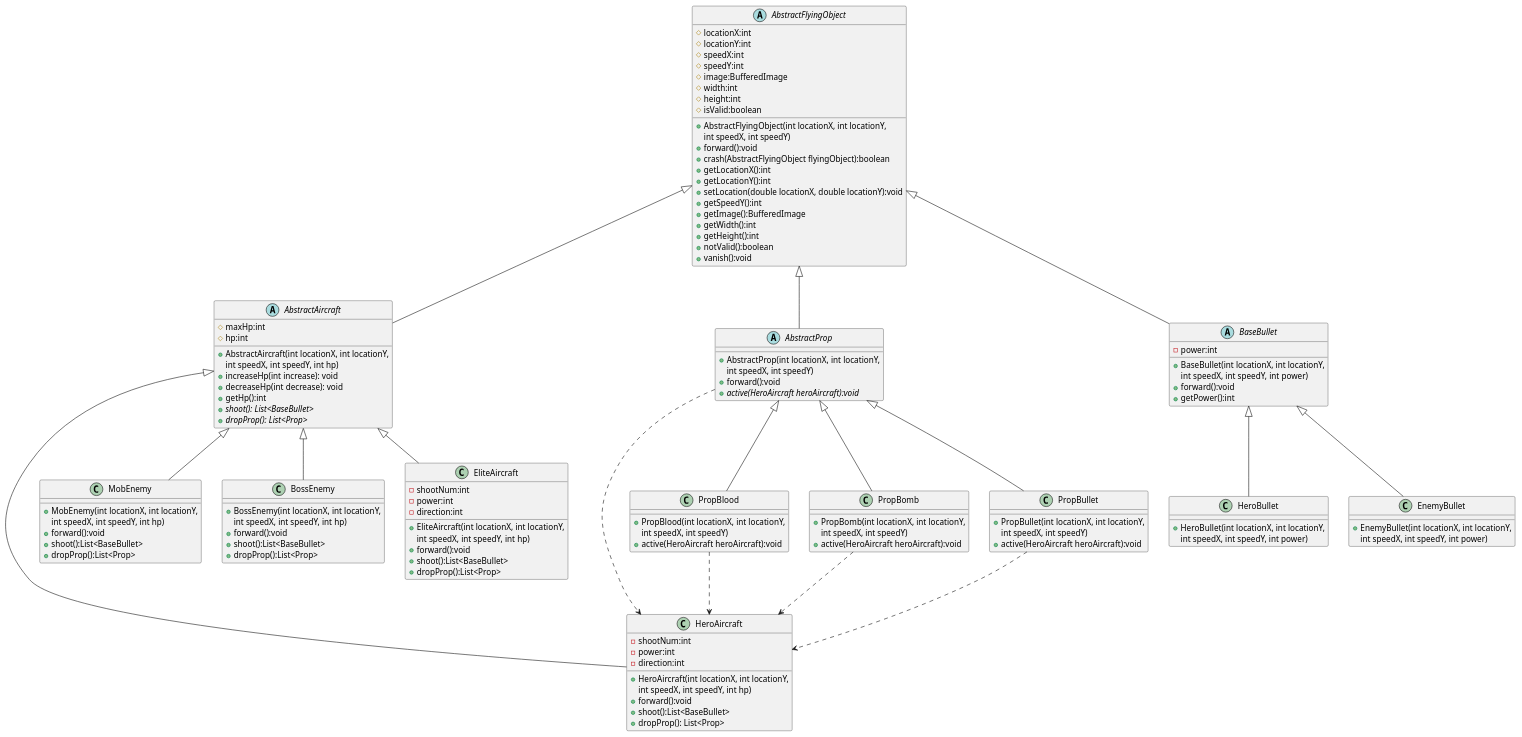
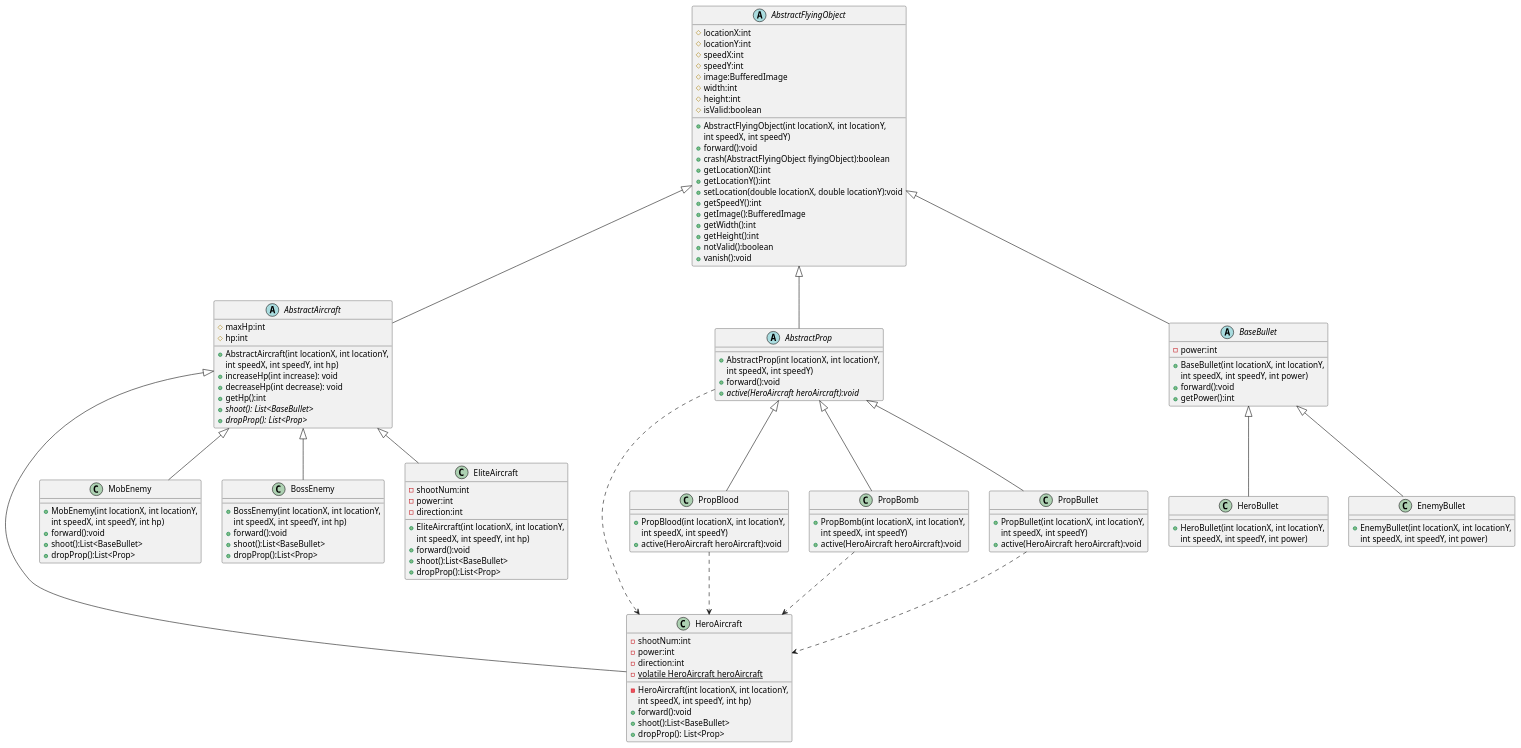
The diagram in uml/Inheritence.puml (HaHaRen6/AircraftWar-base), drawn with PlantUML before and after one commit. The commit also changed 9 other files, not shown here.

```diff
--- a/uml/Inheritence.puml
+++ b/uml/Inheritence.puml
@@ -1,155 +1,156 @@
 @startuml
 'https://plantuml.com/class-diagram
 
 abstract class AbstractFlyingObject
 {
     # locationX:int
     # locationY:int
     # speedX:int
     # speedY:int
     # image:BufferedImage
     # width:int
     # height:int
     # isValid:boolean
 
     + AbstractFlyingObject(int locationX, int locationY,
         int speedX, int speedY)
     + forward():void
     + crash(AbstractFlyingObject flyingObject):boolean
     + getLocationX():int
     + getLocationY():int
     + setLocation(double locationX, double locationY):void
     + getSpeedY():int
     + getImage():BufferedImage
     + getWidth():int
     + getHeight():int
     + notValid():boolean
     + vanish():void
 }
 
 abstract class AbstractAircraft
 {
 	# maxHp:int
     # hp:int
 
     + AbstractAircraft(int locationX, int locationY,
         int speedX, int speedY, int hp)
     + increaseHp(int increase): void
     + decreaseHp(int decrease): void
     + getHp():int
     + {abstract} shoot(): List<BaseBullet>
     + {abstract} dropProp(): List<Prop>
 }
 AbstractFlyingObject <|-- AbstractAircraft
 
 
 class HeroAircraft {
     - shootNum:int
     - power:int
     - direction:int
+    - {static} volatile HeroAircraft heroAircraft
 
-    + HeroAircraft(int locationX, int locationY,
+    - HeroAircraft(int locationX, int locationY,
         int speedX, int speedY, int hp)
     + forward():void
     + shoot():List<BaseBullet>
     + dropProp(): List<Prop>
 }
 
 AbstractAircraft <|-- HeroAircraft
 
 class MobEnemy {
 
     + MobEnemy(int locationX, int locationY,
         int speedX, int speedY, int hp)
     + forward():void
     + shoot():List<BaseBullet>
     + dropProp():List<Prop>
 }
 AbstractAircraft <|-- MobEnemy
 
 class BossEnemy {
 
     + BossEnemy(int locationX, int locationY,
         int speedX, int speedY, int hp)
     + forward():void
     + shoot():List<BaseBullet>
     + dropProp():List<Prop>
 }
 AbstractAircraft <|-- BossEnemy
 
 class EliteAircraft {
     - shootNum:int
     - power:int
     - direction:int
 
     + EliteAircraft(int locationX, int locationY,
         int speedX, int speedY, int hp)
     + forward():void
     + shoot():List<BaseBullet>
     + dropProp():List<Prop>
 }
 AbstractAircraft <|-- EliteAircraft
 
 abstract class AbstractProp
 {
     + AbstractProp(int locationX, int locationY,
         int speedX, int speedY)
     + forward():void
     + {abstract} active(HeroAircraft heroAircraft):void
 }
 AbstractFlyingObject <|-- AbstractProp
 AbstractProp ..> HeroAircraft
 
 class PropBlood
 {
     + PropBlood(int locationX, int locationY,
         int speedX, int speedY)
     + active(HeroAircraft heroAircraft):void
 }
 AbstractProp <|-- PropBlood
 PropBlood ..> HeroAircraft
 
 class PropBomb
 {
 
     + PropBomb(int locationX, int locationY,
         int speedX, int speedY)
     + active(HeroAircraft heroAircraft):void
 }
 AbstractProp <|-- PropBomb
 PropBomb ..> HeroAircraft
 
 class PropBullet
 {
 
     + PropBullet(int locationX, int locationY,
         int speedX, int speedY)
     + active(HeroAircraft heroAircraft):void
 }
 AbstractProp <|-- PropBullet
 PropBullet ..> HeroAircraft
 
 abstract class BaseBullet
 {
     - power:int
 
     + BaseBullet(int locationX, int locationY,
         int speedX, int speedY, int power)
     + forward():void
 	+ getPower():int
 }
 AbstractFlyingObject <|-- BaseBullet
 
 class HeroBullet {
     + HeroBullet(int locationX, int locationY,
         int speedX, int speedY, int power)
 }
 BaseBullet <|-- HeroBullet
 
 class EnemyBullet {
     + EnemyBullet(int locationX, int locationY,
         int speedX, int speedY, int power)
 }
 BaseBullet <|-- EnemyBullet
 
 @enduml
```
